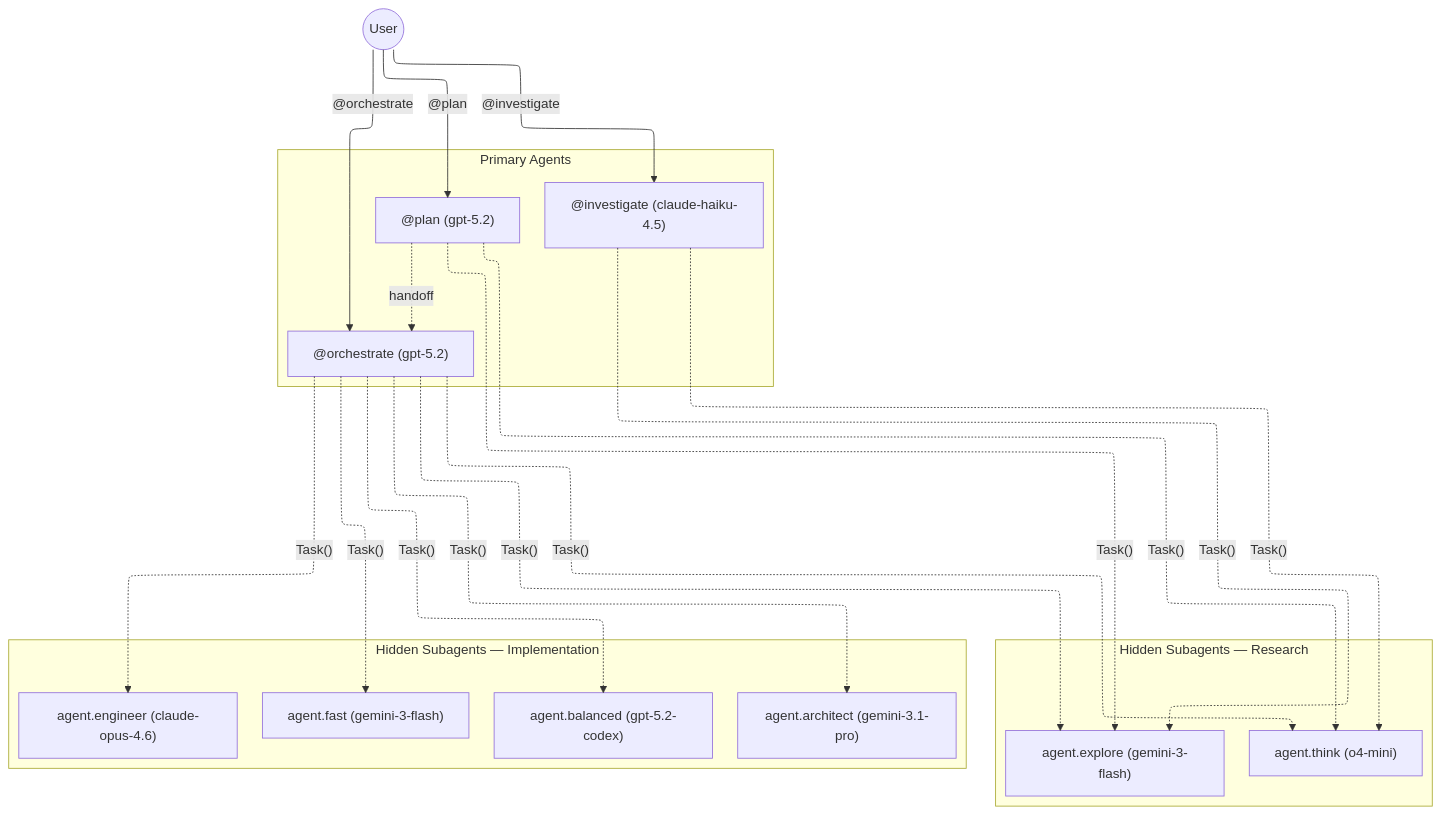
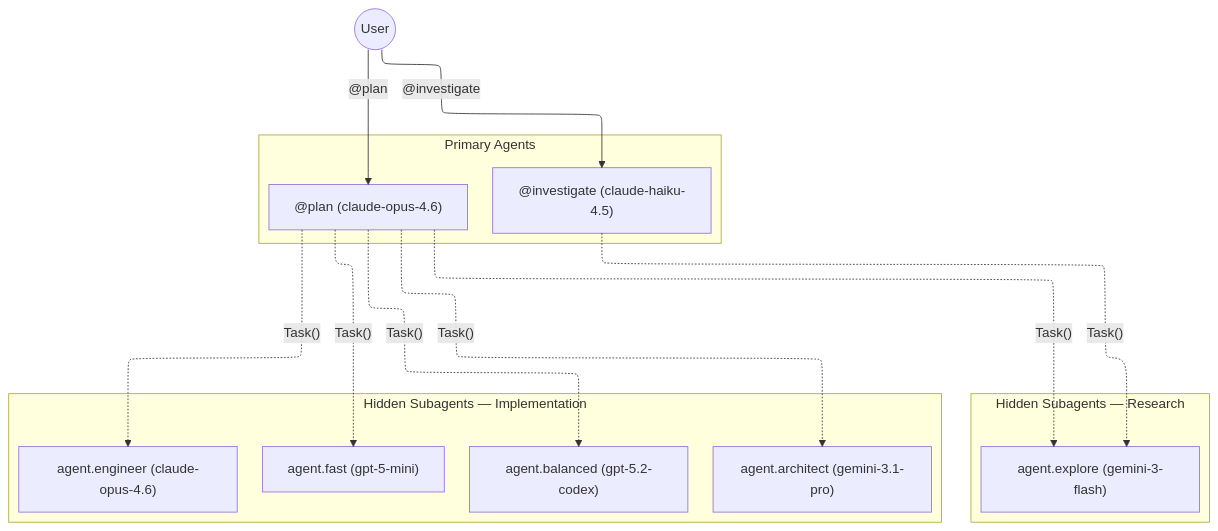
Before and after one commit to gdurandvadas/dotfiles: the diagram in docs/opencode.md, drawn with Mermaid. The commit also changed other lines of this file and 23 other files, not shown here.

````diff
--- a/docs/opencode.md
+++ b/docs/opencode.md
@@ -5,29 +5,24 @@
 ```mermaid
 ---
 config:
   layout: elk
 ---
 flowchart TB
  subgraph subGraph0["Primary Agents"]
-        Plan["@plan (gpt-5.2)"]
+        Plan["@plan (claude-opus-4.6)"]
         Investigate["@investigate (claude-haiku-4.5)"]
-        Orchestrate["@orchestrate (gpt-5.2)"]
   end
  subgraph subGraph1["Hidden Subagents — Research"]
         Explore["agent.explore (gemini-3-flash)"]
-        Think["agent.think (o4-mini)"]
   end
  subgraph subGraph2["Hidden Subagents — Implementation"]
-        Fast["agent.fast (gemini-3-flash)"]
+        Fast["agent.fast (gpt-5-mini)"]
         Balanced["agent.balanced (gpt-5.2-codex)"]
         Engineer["agent.engineer (claude-opus-4.6)"]
         Architect["agent.architect (gemini-3.1-pro)"]
   end
     User(("User")) -- @plan --> Plan
     User -- @investigate --> Investigate
-    User -- @orchestrate --> Orchestrate
-    Plan -. Task() .-> Explore & Think
-    Plan -. handoff .-> Orchestrate
-    Investigate -. Task() .-> Explore & Think
-    Orchestrate -. Task() .-> Explore & Think & Fast & Balanced & Engineer & Architect
+    Plan -. Task() .-> Explore & Fast & Balanced & Engineer & Architect
+    Investigate -. Task() .-> Explore
 ```
````
